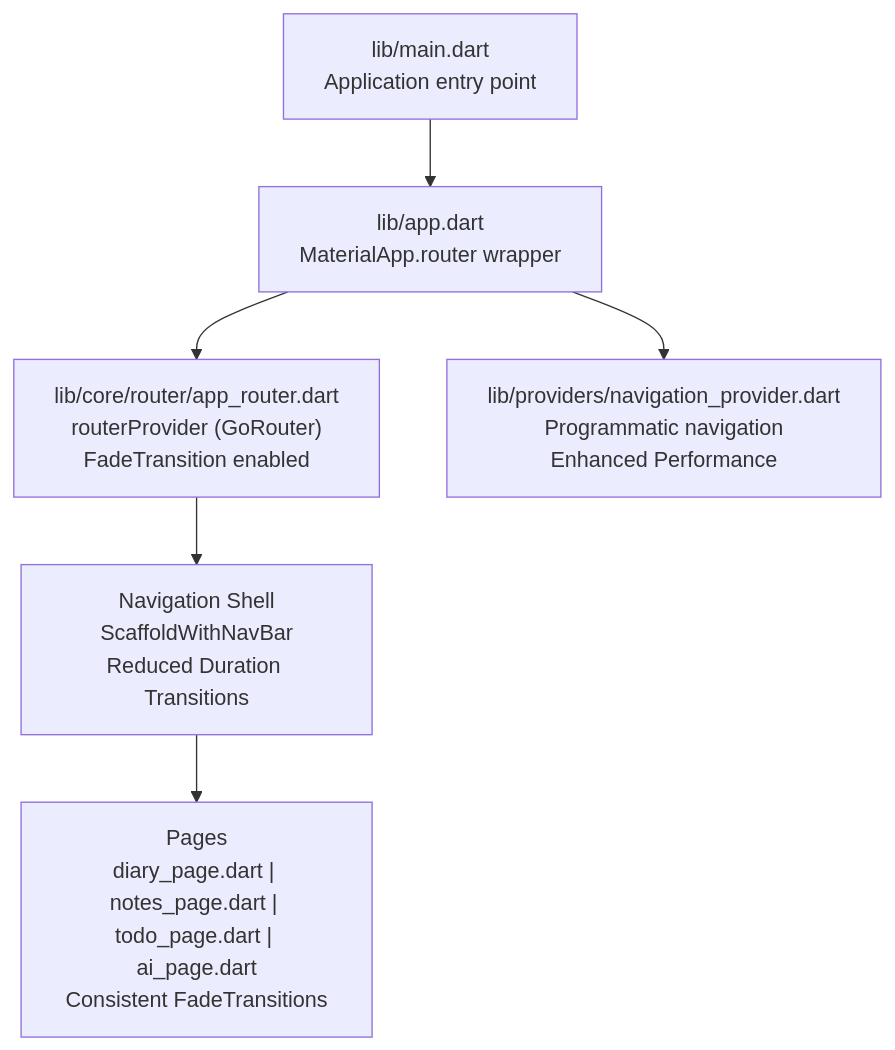
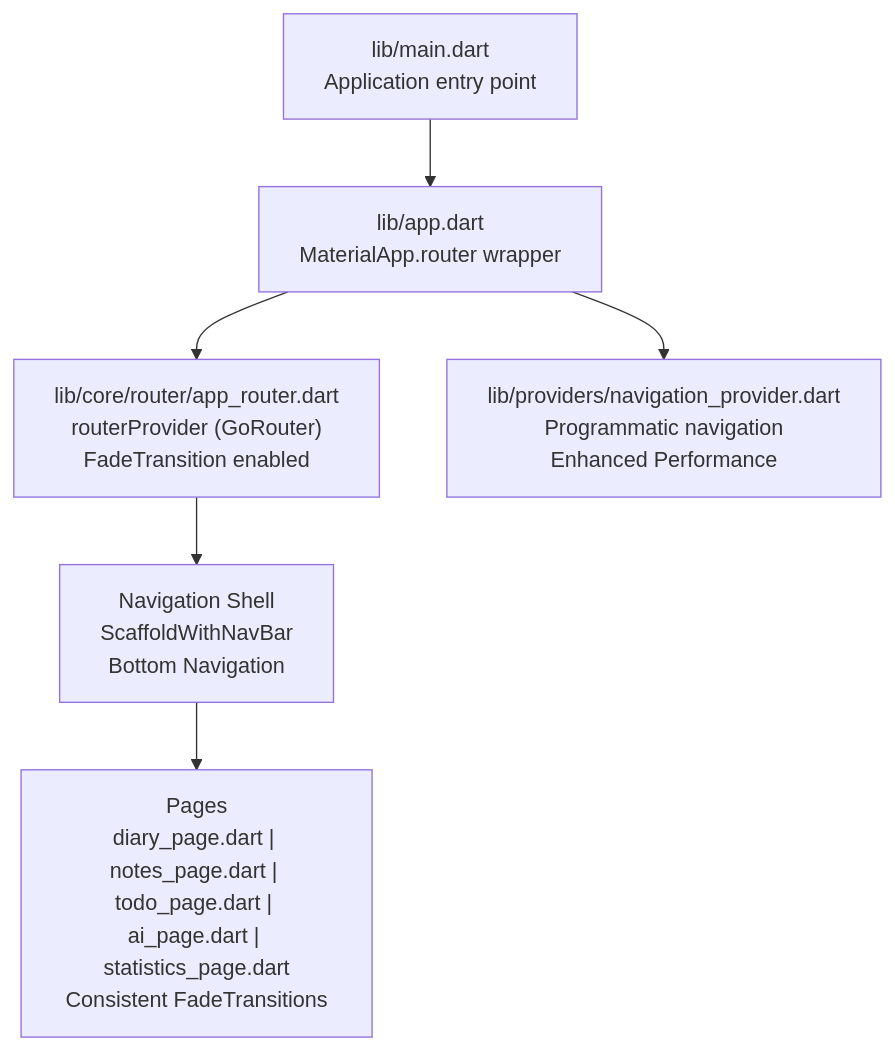
The first of 3 diagrams in .qoder/repowiki/en/content/UI Components and Pages/Page Architecture and Navigation.md (favoroo/QNote), drawn with Mermaid before and after one commit. The commit also changed other lines of this file and 65 other files, not shown here.

First line of the commit message:
docs: 新增项目文档与配置文件，修复AI提取与热力图问题

````diff
--- a/.qoder/repowiki/en/content/UI Components and Pages/Page Architecture and Navigation.md
+++ b/.qoder/repowiki/en/content/UI Components and Pages/Page Architecture and Navigation.md
@@ -39,8 +41,8 @@
 ```mermaid
 graph TB
 Main["lib/main.dart<br/>Application entry point"] --> App["lib/app.dart<br/>MaterialApp.router wrapper"]
 App --> RouterProvider["lib/core/router/app_router.dart<br/>routerProvider (GoRouter)<br/>FadeTransition enabled"]
-RouterProvider --> Shell["Navigation Shell<br/>ScaffoldWithNavBar<br/>Reduced Duration Transitions"]
-Shell --> Pages["Pages<br/>diary_page.dart | notes_page.dart | todo_page.dart | ai_page.dart<br/>Consistent FadeTransitions"]
+RouterProvider --> Shell["Navigation Shell<br/>ScaffoldWithNavBar<br/>Bottom Navigation"]
+Shell --> Pages["Pages<br/>diary_page.dart | notes_page.dart | todo_page.dart | ai_page.dart | statistics_page.dart<br/>Consistent FadeTransitions"]
 App --> NavProvider["lib/providers/navigation_provider.dart<br/>Programmatic navigation<br/>Enhanced Performance"]
 ```
````
